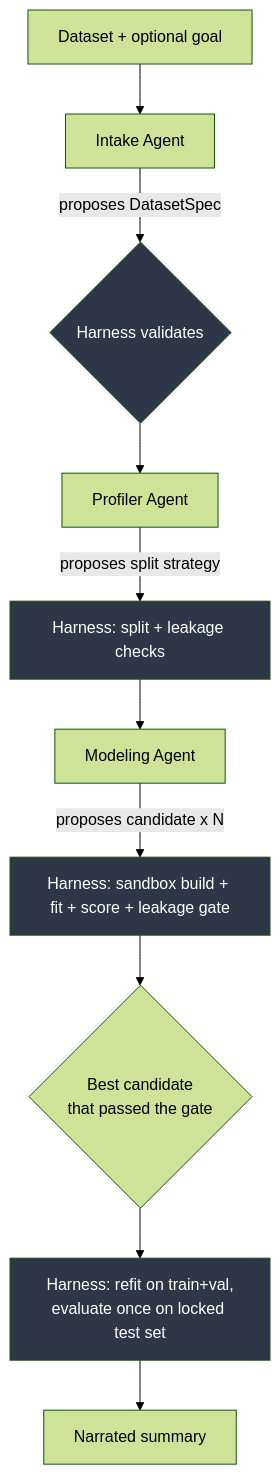
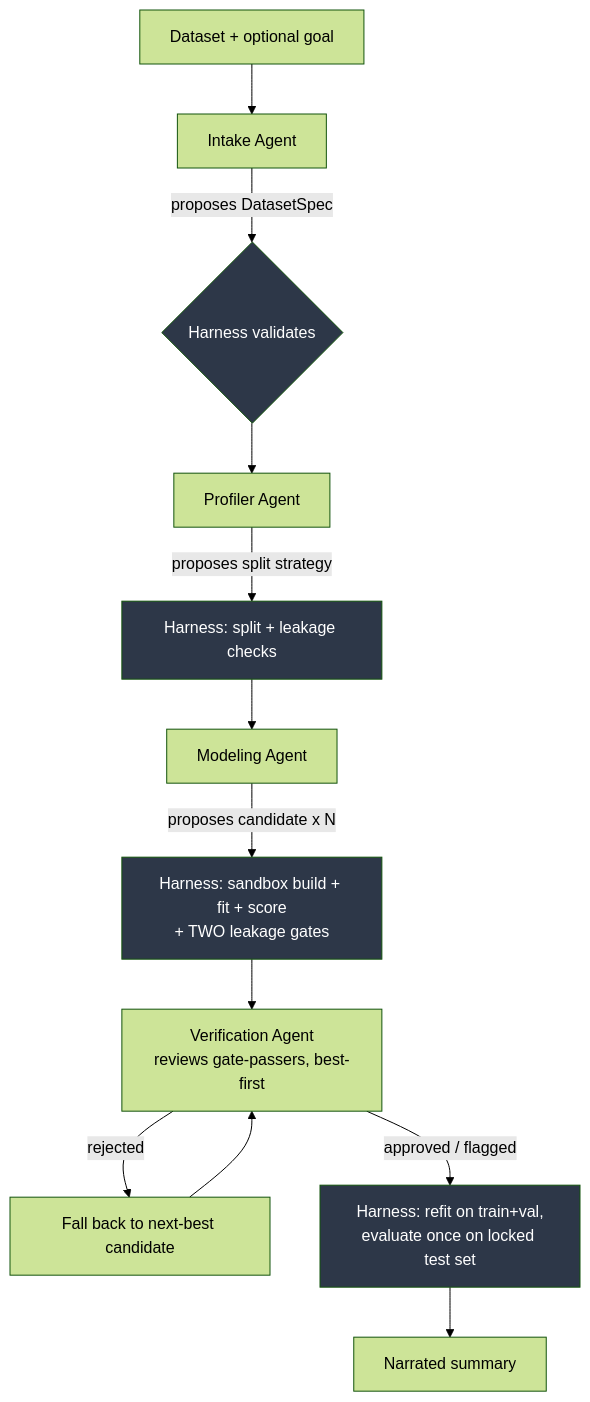
One commit to meaton96/agentic-ai-project changed the diagram in agentic-ml-classification/PROJECT_OVERVIEW.md. Above: the diagram before and after it, drawn with Mermaid (forest theme). The commit also changed other lines of this file and 10 other files, not shown here.

Commit message:
verification agent

````diff
--- a/agentic-ml-classification/PROJECT_OVERVIEW.md
+++ b/agentic-ml-classification/PROJECT_OVERVIEW.md
@@ -58,17 +65,19 @@
 ```mermaid
 flowchart TD
     A[Dataset + optional goal] --> B[Intake Agent]
     B -->|proposes DatasetSpec| C{Harness validates}
     C --> D[Profiler Agent]
     D -->|proposes split strategy| E[Harness: split + leakage checks]
     E --> F[Modeling Agent]
-    F -->|proposes candidate x N| G[Harness: sandbox build + fit + score + leakage gate]
-    G --> H{Best candidate<br/>that passed the gate}
-    H --> I[Harness: refit on train+val,<br/>evaluate once on locked test set]
+    F -->|proposes candidate x N| G[Harness: sandbox build + fit + score<br/>+ TWO leakage gates]
+    G --> K[Verification Agent<br/>reviews gate-passers, best-first]
+    K -->|rejected| F2[Fall back to next-best candidate]
+    F2 --> K
+    K -->|approved / flagged| I[Harness: refit on train+val,<br/>evaluate once on locked test set]
     I --> J[Narrated summary]
 
     style C fill:#2d3748,color:#fff
     style E fill:#2d3748,color:#fff
     style G fill:#2d3748,color:#fff
     style I fill:#2d3748,color:#fff
 ```
````
